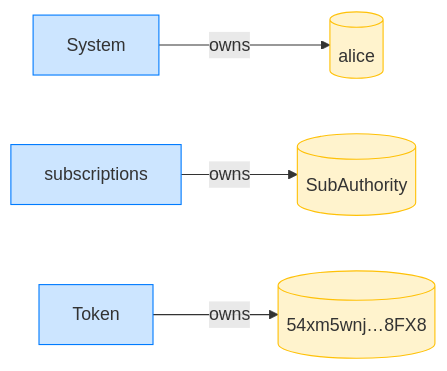
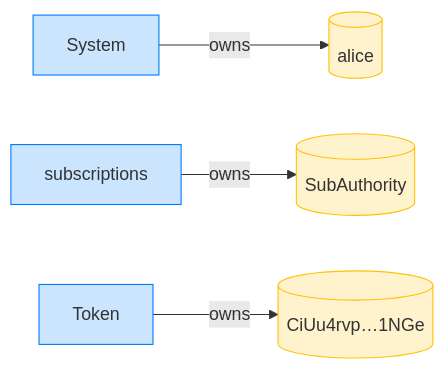
One commit to cds-rs/subscriptions changed the fourth of 4 diagrams in dsl_tests/reject-a-recurring-delegation-whose-start-exceeds-its-expiry.md. Above: the diagram before and after it, drawn with Mermaid. The commit also changed other lines of this file and 224 other files, not shown here.

````diff
--- a/dsl_tests/reject-a-recurring-delegation-whose-start-exceeds-its-expiry.md
+++ b/dsl_tests/reject-a-recurring-delegation-whose-start-exceeds-its-expiry.md
@@ -73,14 +78,14 @@
 ```mermaid
 flowchart LR
     classDef owner fill:#cce5ff,stroke:#007bff;
     classDef account fill:#fff3cd,stroke:#ffc107;
     System[System]:::owner
     alice[(alice)]:::account
     subscriptions[subscriptions]:::owner
     SubAuthority[(SubAuthority)]:::account
     Token[Token]:::owner
-    54xm5wnj_8FX8[("54xm5wnj…8FX8")]:::account
+    CiUu4rvp_1NGe[("CiUu4rvp…1NGe")]:::account
     System -->|owns| alice
     subscriptions -->|owns| SubAuthority
-    Token -->|owns| 54xm5wnj_8FX8
+    Token -->|owns| CiUu4rvp_1NGe
 ```
````
